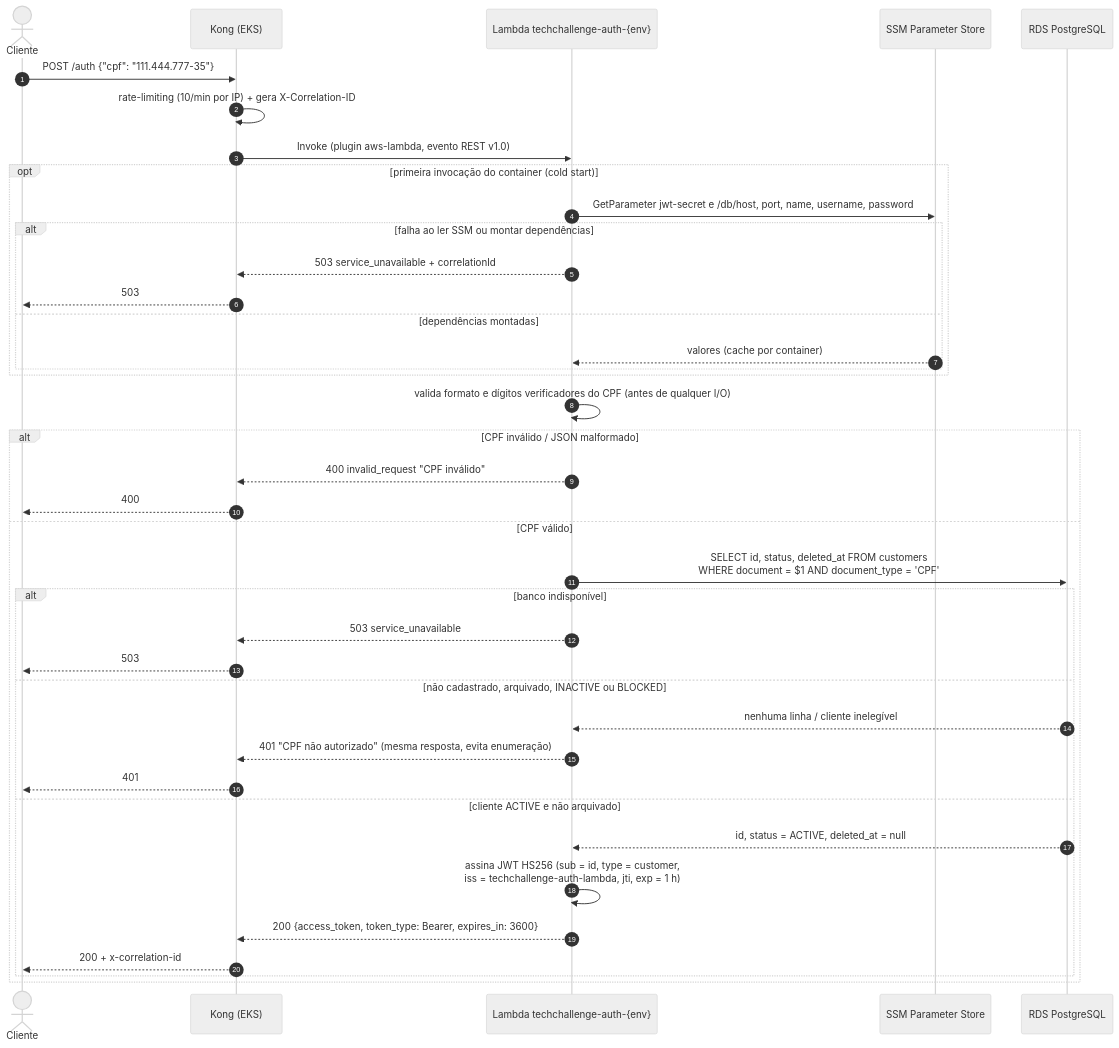
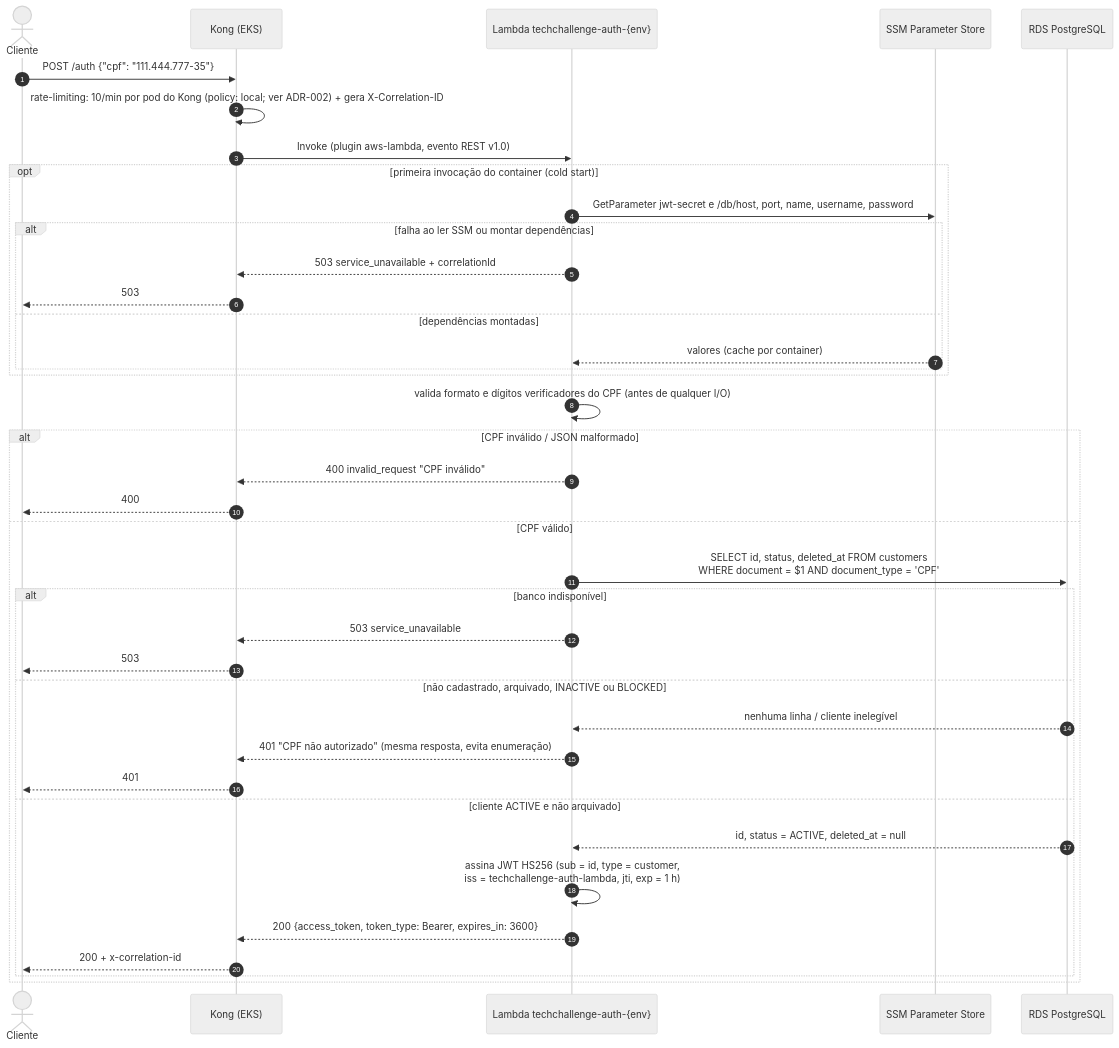
The first of 3 diagrams in docs/arquitetura/diagramas-de-sequencia.md (Jean-Carlo-Torres/tech-challenge-docs), drawn with Mermaid (neutral theme) before and after one commit. The commit also changed other lines of this file and 4 other files, not shown here.

Commit message:
fix: update rate-limiting descriptions in documentation for clarity

````diff
--- a/docs/arquitetura/diagramas-de-sequencia.md
+++ b/docs/arquitetura/diagramas-de-sequencia.md
@@ -14,44 +14,44 @@
 ```mermaid
 sequenceDiagram
     autonumber
     actor C as Cliente
     participant K as Kong (EKS)
     participant L as Lambda techchallenge-auth-{env}
     participant S as SSM Parameter Store
     participant DB as RDS PostgreSQL
 
     C->>K: POST /auth {"cpf": "111.444.777-35"}
-    K->>K: rate-limiting (10/min por IP) + gera X-Correlation-ID
+    K->>K: rate-limiting: 10/min por pod do Kong (policy: local#59; ver ADR-002) + gera X-Correlation-ID
     K->>L: Invoke (plugin aws-lambda, evento REST v1.0)
 
     opt primeira invocação do container (cold start)
         L->>S: GetParameter jwt-secret e /db/host, port, name, username, password
         alt falha ao ler SSM ou montar dependências
             L-->>K: 503 service_unavailable + correlationId
             K-->>C: 503
         else dependências montadas
             S-->>L: valores (cache por container)
         end
     end
 
     L->>L: valida formato e dígitos verificadores do CPF (antes de qualquer I/O)
     alt CPF inválido / JSON malformado
         L-->>K: 400 invalid_request "CPF inválido"
         K-->>C: 400
     else CPF válido
         L->>DB: SELECT id, status, deleted_at FROM customers<br/>WHERE document = $1 AND document_type = 'CPF'
         alt banco indisponível
             L-->>K: 503 service_unavailable
             K-->>C: 503
         else não cadastrado, arquivado, INACTIVE ou BLOCKED
             DB-->>L: nenhuma linha / cliente inelegível
             L-->>K: 401 "CPF não autorizado" (mesma resposta, evita enumeração)
             K-->>C: 401
         else cliente ACTIVE e não arquivado
             DB-->>L: id, status = ACTIVE, deleted_at = null
             L->>L: assina JWT HS256 (sub = id, type = customer,<br/>iss = techchallenge-auth-lambda, jti, exp = 1 h)
             L-->>K: 200 {access_token, token_type: Bearer, expires_in: 3600}
             K-->>C: 200 + x-correlation-id
         end
     end
 ```
````
